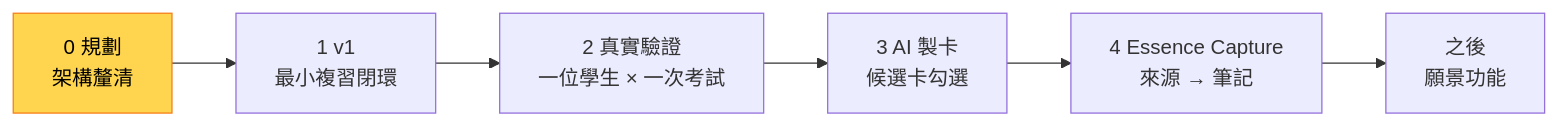
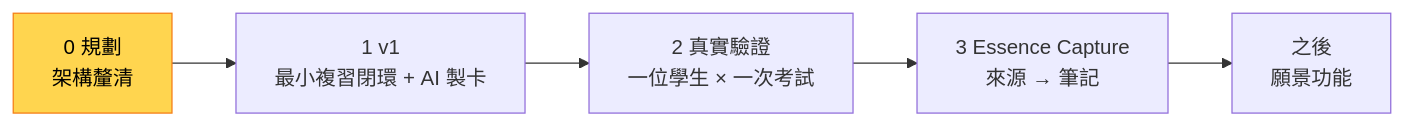
One commit to kuohappiness/Essence-Cards changed the diagram in docs/roadmap.md. Above: the diagram before and after it, drawn with Mermaid. The commit also changed other lines of this file and 4 other files, not shown here.

````diff
--- a/docs/roadmap.md
+++ b/docs/roadmap.md
@@ -18,9 +18,8 @@
 ```mermaid
 flowchart LR
-  A["0 規劃<br/>架構釐清"]:::now --> B["1 v1<br/>最小複習閉環"]
+  A["0 規劃<br/>架構釐清"]:::now --> B["1 v1<br/>最小複習閉環 + AI 製卡"]
   B --> C["2 真實驗證<br/>一位學生 × 一次考試"]
-  C --> D["3 AI 製卡<br/>候選卡勾選"]
-  D --> E["4 Essence Capture<br/>來源 → 筆記"]
+  C --> E["3 Essence Capture<br/>來源 → 筆記"]
   E --> F["之後<br/>願景功能"]
   classDef now fill:#ffd54f,stroke:#f57f17,color:#000
 ```
````
